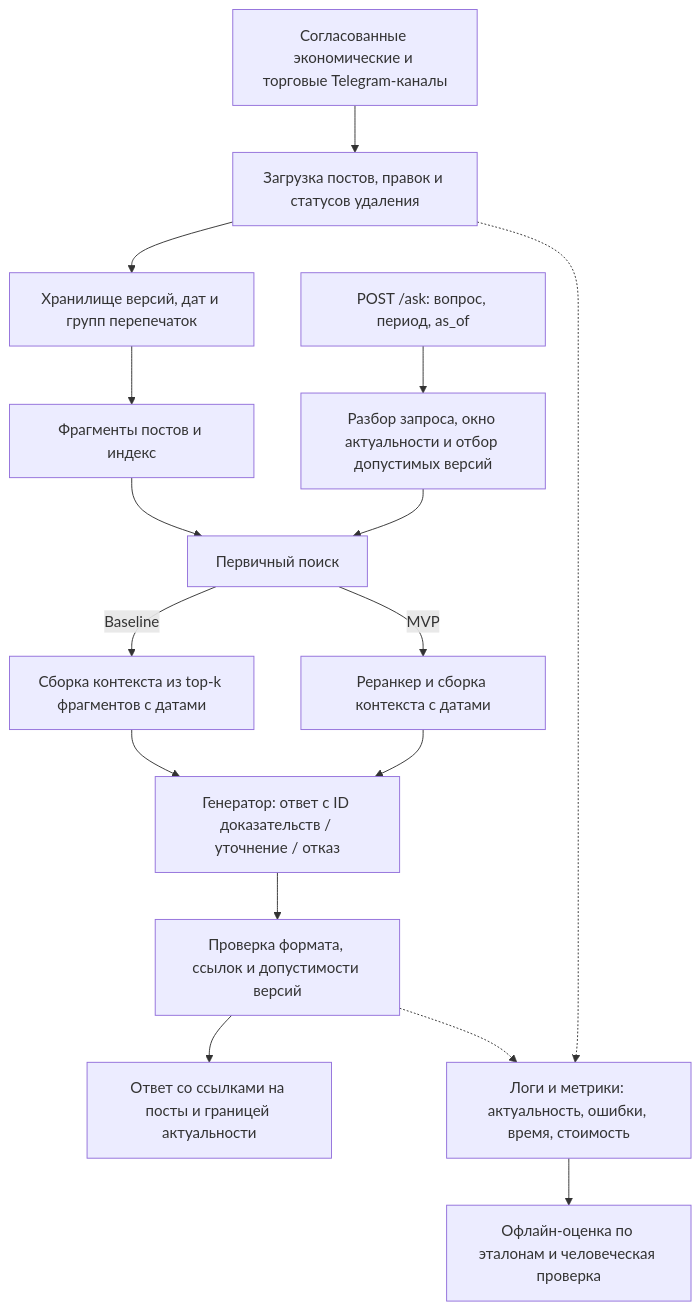
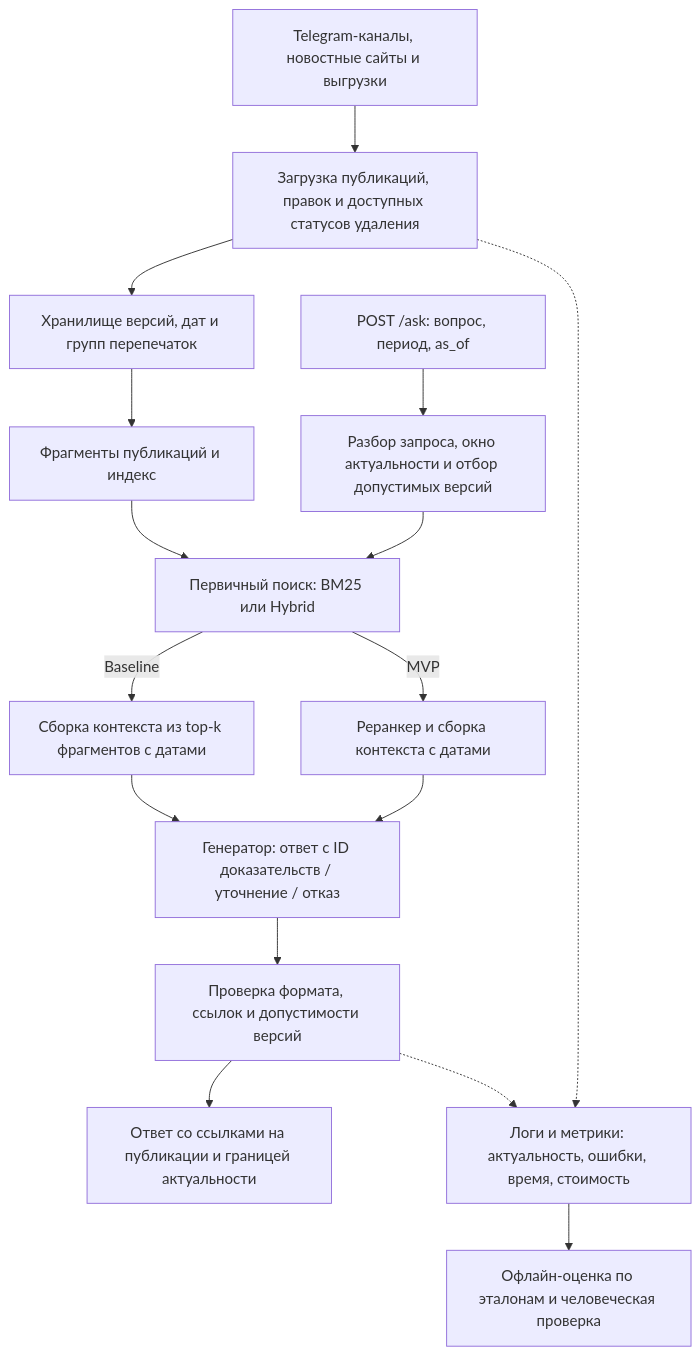
The diagram in docs/ml_system_design_doc.md (bruhwalk/news-rag), drawn with Mermaid before and after one commit. The commit also changed other lines of this file, not shown here.

````diff
--- a/docs/ml_system_design_doc.md
+++ b/docs/ml_system_design_doc.md
@@ -121,18 +137,18 @@
 ```mermaid
 flowchart TD
-    TG["Согласованные экономические и торговые Telegram-каналы"] --> ING["Загрузка постов, правок и статусов удаления"]
+    TG["Telegram-каналы, новостные сайты и выгрузки"] --> ING["Загрузка публикаций, правок и доступных статусов удаления"]
     ING --> V["Хранилище версий, дат и групп перепечаток"]
-    V --> IDX["Фрагменты постов и индекс"]
+    V --> IDX["Фрагменты публикаций и индекс"]
     Q["POST /ask: вопрос, период, as_of"] --> TF["Разбор запроса, окно актуальности и отбор допустимых версий"]
-    IDX --> RET["Первичный поиск"]
+    IDX --> RET["Первичный поиск: BM25 или Hybrid"]
     TF --> RET
     RET -->|Baseline| BASE["Сборка контекста из top-k фрагментов с датами"]
     RET -->|MVP| RR["Реранкер и сборка контекста с датами"]
     BASE --> G["Генератор: ответ с ID доказательств / уточнение / отказ"]
     RR --> G
     G --> CHECK["Проверка формата, ссылок и допустимости версий"]
-    CHECK --> OUT["Ответ со ссылками на посты и границей актуальности"]
+    CHECK --> OUT["Ответ со ссылками на публикации и границей актуальности"]
     ING -.-> LOG["Логи и метрики: актуальность, ошибки, время, стоимость"]
     CHECK -.-> LOG
     LOG --> EVAL["Офлайн-оценка по эталонам и человеческая проверка"]
 ```
````
